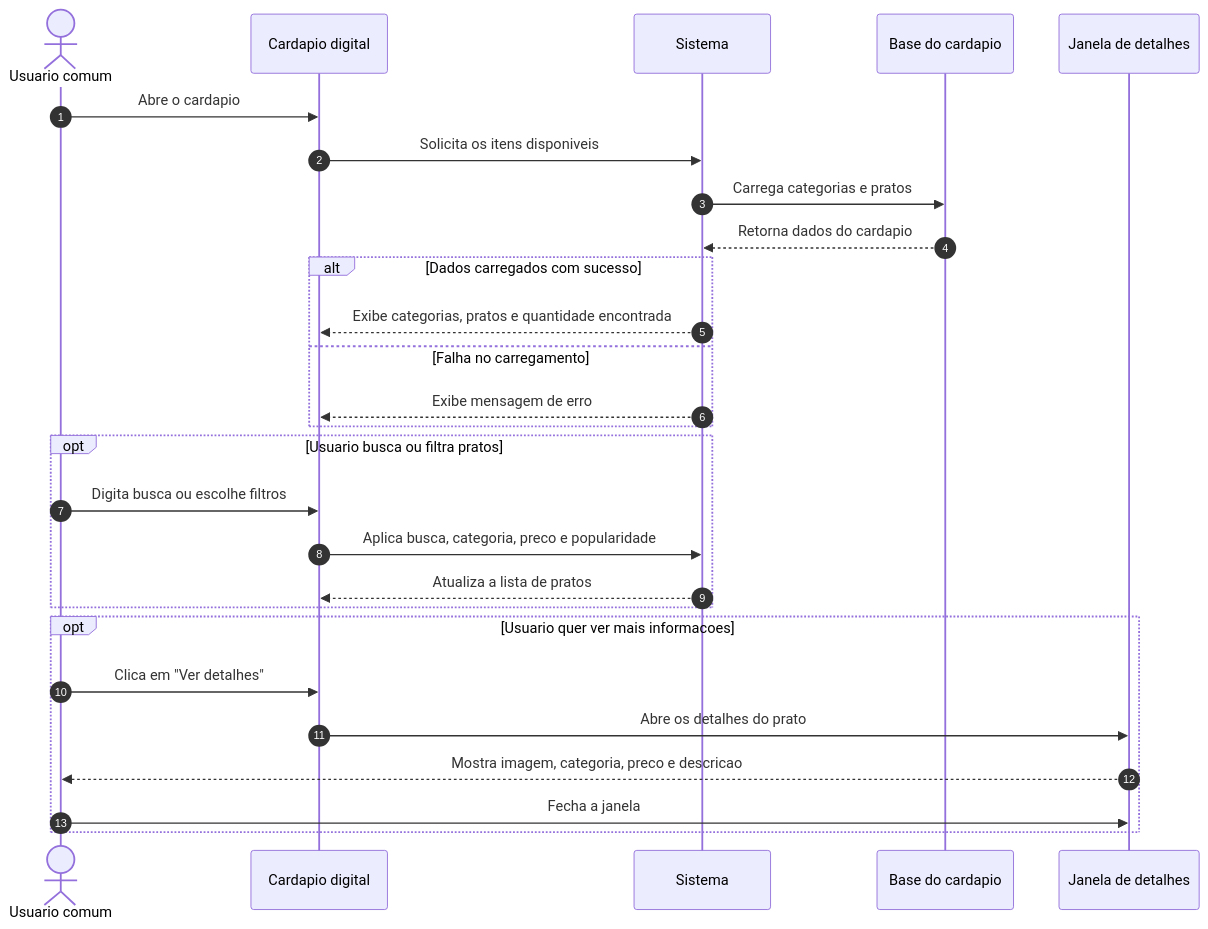
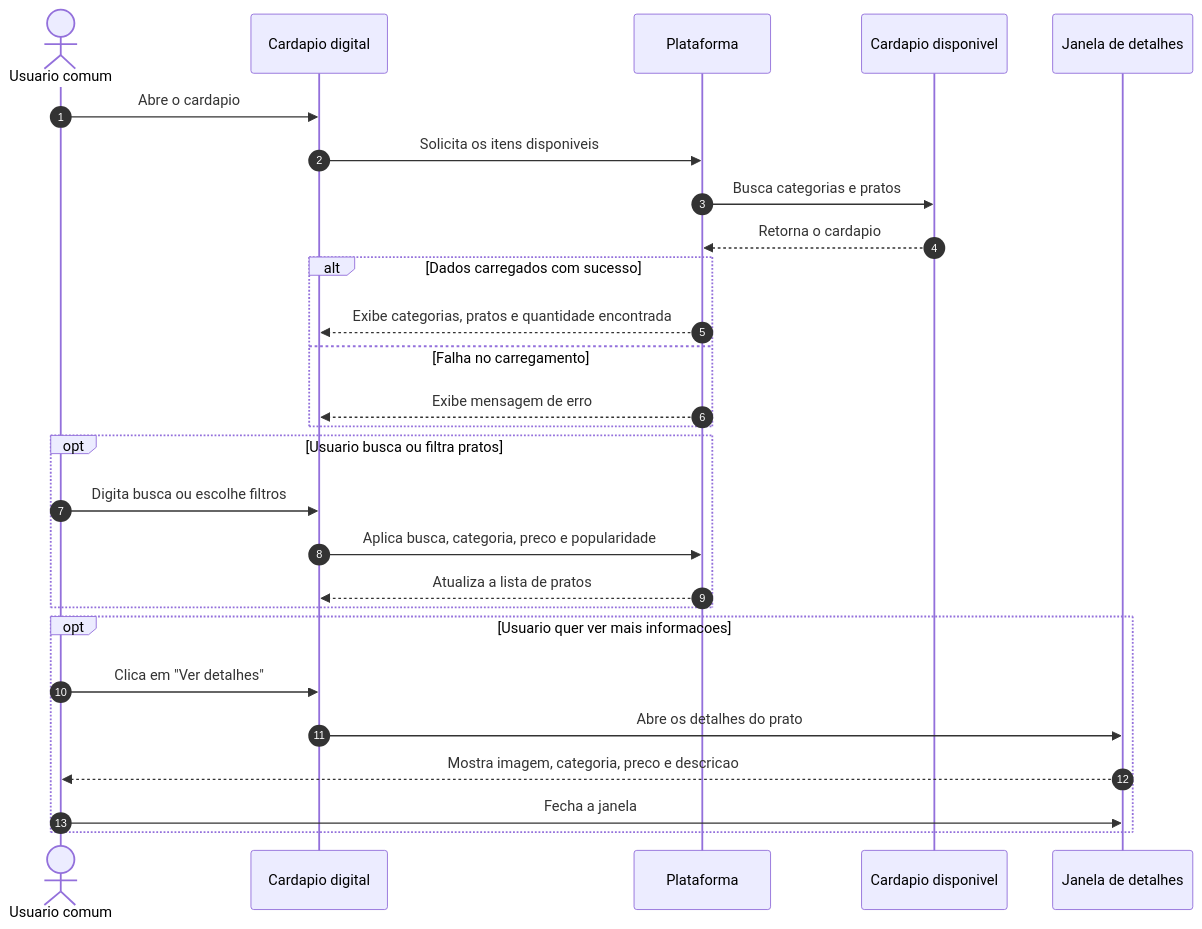
One commit to senai-cortex/menu-project changed the diagram in docs/diagramas/diagrama-sequencia-usuario.mmd. Above: the diagram before and after it, drawn with Mermaid. The commit also changed 1 other file, not shown here.

Commit message:
Refine sequence diagram wording

```diff
--- a/docs/diagramas/diagrama-sequencia-usuario.mmd
+++ b/docs/diagramas/diagrama-sequencia-usuario.mmd
@@ -1,31 +1,31 @@
 sequenceDiagram
     autonumber
     actor Usuario as Usuario comum
     participant Cardapio as Cardapio digital
-    participant Sistema as Sistema
-    participant Dados as Base do cardapio
+    participant Atendimento as Plataforma
+    participant CardapioBase as Cardapio disponivel
     participant Detalhes as Janela de detalhes
 
     Usuario->>Cardapio: Abre o cardapio
-    Cardapio->>Sistema: Solicita os itens disponiveis
-    Sistema->>Dados: Carrega categorias e pratos
-    Dados-->>Sistema: Retorna dados do cardapio
+    Cardapio->>Atendimento: Solicita os itens disponiveis
+    Atendimento->>CardapioBase: Busca categorias e pratos
+    CardapioBase-->>Atendimento: Retorna o cardapio
 
     alt Dados carregados com sucesso
-        Sistema-->>Cardapio: Exibe categorias, pratos e quantidade encontrada
+        Atendimento-->>Cardapio: Exibe categorias, pratos e quantidade encontrada
     else Falha no carregamento
-        Sistema-->>Cardapio: Exibe mensagem de erro
+        Atendimento-->>Cardapio: Exibe mensagem de erro
     end
 
     opt Usuario busca ou filtra pratos
         Usuario->>Cardapio: Digita busca ou escolhe filtros
-        Cardapio->>Sistema: Aplica busca, categoria, preco e popularidade
-        Sistema-->>Cardapio: Atualiza a lista de pratos
+        Cardapio->>Atendimento: Aplica busca, categoria, preco e popularidade
+        Atendimento-->>Cardapio: Atualiza a lista de pratos
     end
 
     opt Usuario quer ver mais informacoes
         Usuario->>Cardapio: Clica em "Ver detalhes"
         Cardapio->>Detalhes: Abre os detalhes do prato
         Detalhes-->>Usuario: Mostra imagem, categoria, preco e descricao
         Usuario->>Detalhes: Fecha a janela
     end
```
